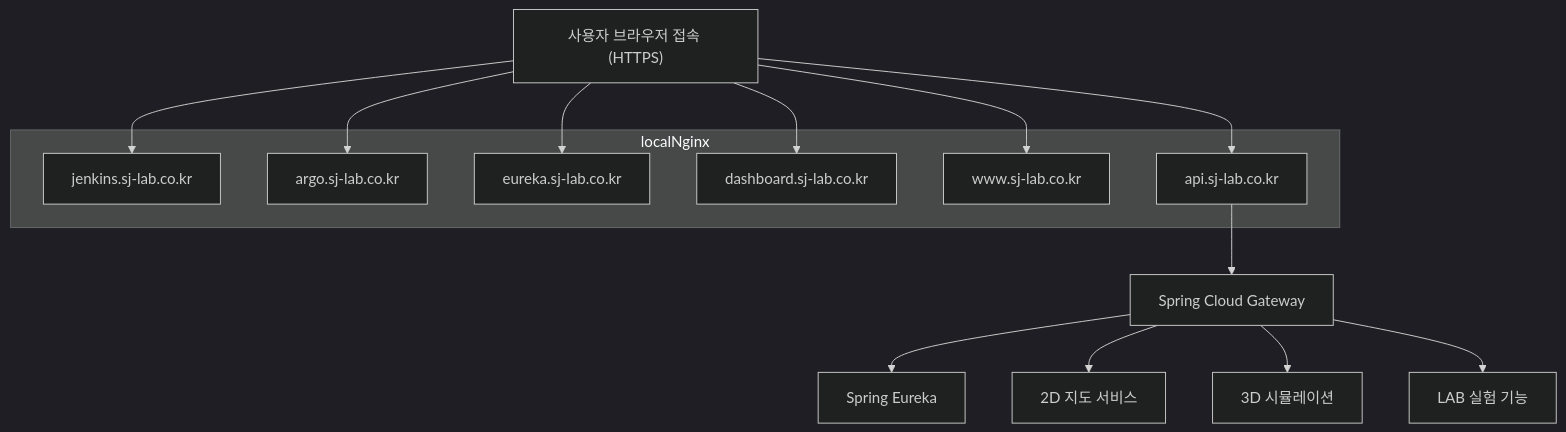
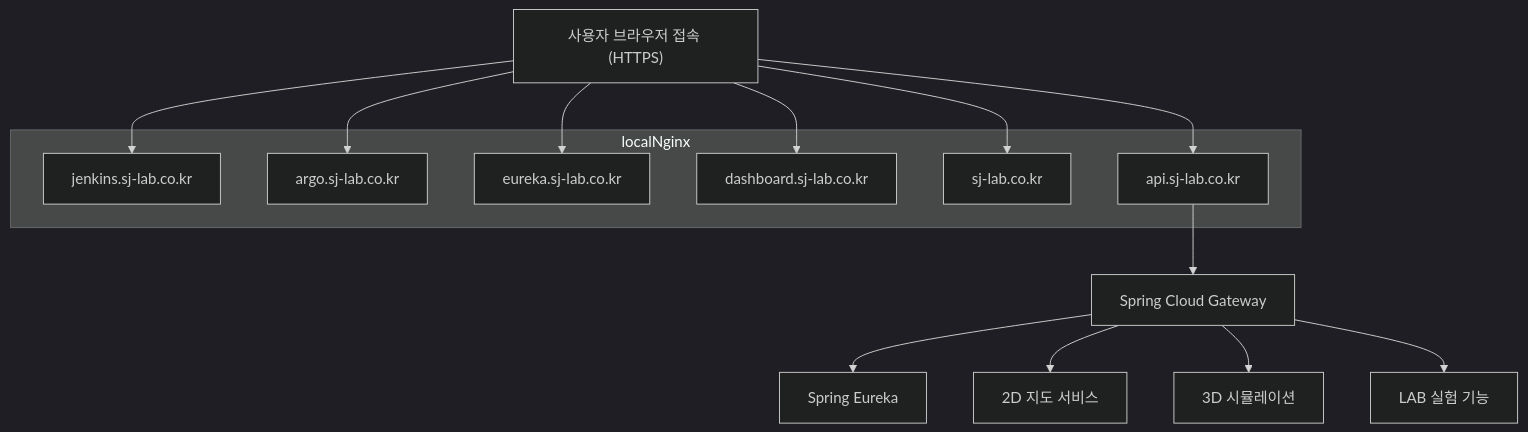
One commit to stylealist/sj-lab changed the second of 2 diagrams in README.md. Above: the diagram before and after it, drawn with Mermaid (dark theme).

````diff
--- a/README.md
+++ b/README.md
@@ -88,32 +88,32 @@
 ```mermaid
 graph TD
 
   %% subgraph는 항상 먼저 선언
   subgraph localNginx
     jenkins[jenkins.sj-lab.co.kr]
     argo[argo.sj-lab.co.kr]
     eureka[eureka.sj-lab.co.kr]
     dashboard[dashboard.sj-lab.co.kr]
-    nginxweb[www.sj-lab.co.kr]
+    nginxweb[sj-lab.co.kr]
     api[api.sj-lab.co.kr]
   end
 
   user["사용자 브라우저 접속 (HTTPS)"]
   gateway["Spring Cloud Gateway"]
   registry["Spring Eureka"]
   service1["2D 지도 서비스"]
   service2["3D 시뮬레이션"]
   service3["LAB 실험 기능"]
 
   user --> jenkins
   user --> argo
   user --> eureka
   user --> dashboard
   user --> nginxweb
   user --> api
 
   api --> gateway --> registry
   gateway --> service1
   gateway --> service2
   gateway --> service3
 ```
````
